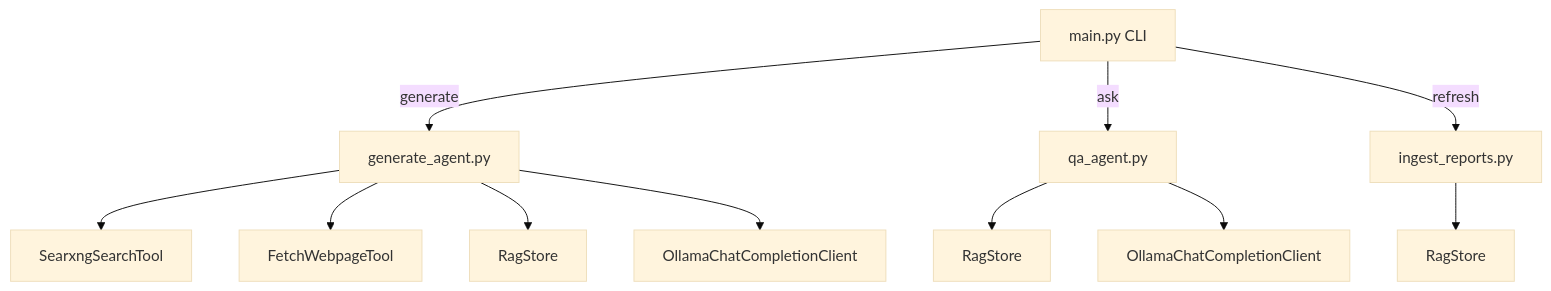
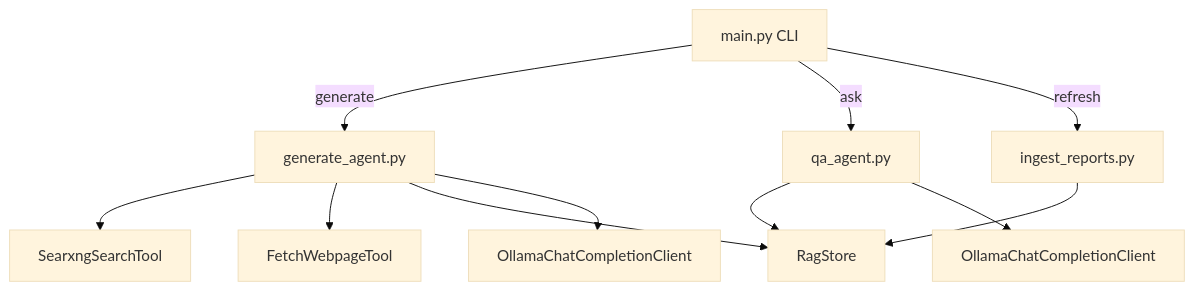
Before and after one commit to SATUNIX/AATIS-SKMS: the diagram in README.md, drawn with Mermaid (base theme).

````diff
--- a/README.md
+++ b/README.md
@@ -17,17 +17,17 @@
 ```mermaid
 flowchart TD
   main[main.py CLI] -->|generate| gen[generate_agent.py]
   main -->|ask| ask[qa_agent.py]
   main -->|refresh| refresh[ingest_reports.py]
 
   gen --> search[SearxngSearchTool]
   gen --> fetch[FetchWebpageTool]
   gen --> rag1[RagStore]
   gen --> model1[OllamaChatCompletionClient]
 
-  ask --> rag2[RagStore]
+  ask --> rag1[RagStore]
   ask --> model2[OllamaChatCompletionClient]
 
-  refresh --> rag3[RagStore]
+  refresh --> rag1[RagStore]
 
 ```
````
